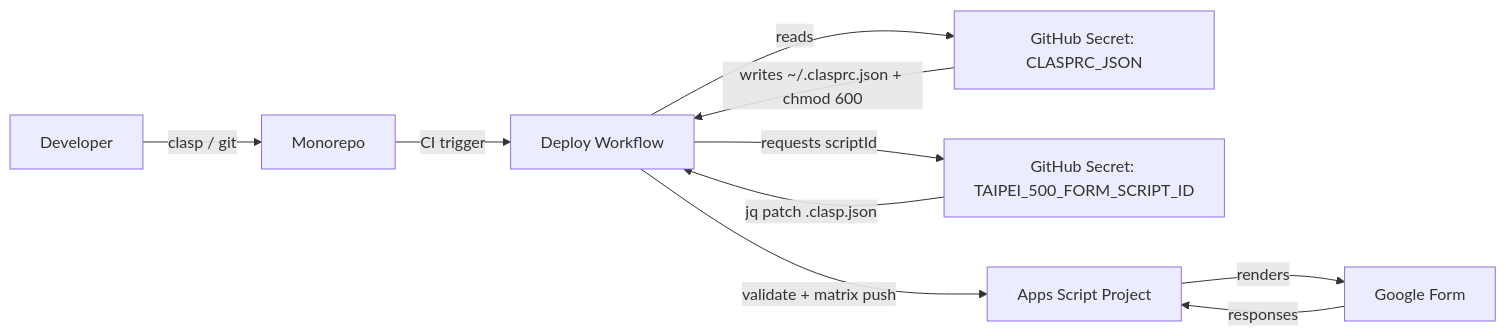
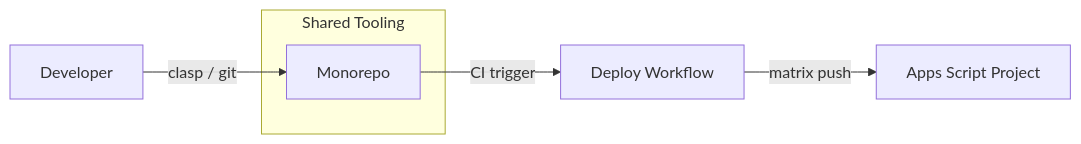
Before and after one commit to muyueh/clasp-from-fresh: the fourth of 5 diagrams in README.md, drawn with Mermaid. The commit also changed other lines of this file and 2 other files, not shown here.

Commit message:
Revert "Harden clasp deploy workflow"

````diff
--- a/README.md
+++ b/README.md
@@ -59,19 +37,9 @@
 ```mermaid
 flowchart LR
-    Dev[Developer]
-    Repo[Monorepo]
-    Secrets[GitHub Secret: CLASPRC_JSON]
-    ScriptIdSecret[GitHub Secret: TAIPEI_500_FORM_SCRIPT_ID]
-    Workflow[Deploy Workflow]
-    GAS[Apps Script Project]
-    Form[Google Form]
-    Dev -->|clasp / git| Repo
-    Repo -->|CI trigger| Workflow
-    Workflow -->|reads| Secrets
-    Secrets -->|writes ~/.clasprc.json + chmod 600| Workflow
-    Workflow -->|requests scriptId| ScriptIdSecret
-    ScriptIdSecret -->|jq patch .clasp.json| Workflow
-    Workflow -->|validate + matrix push| GAS
-    GAS -->|renders| Form
-    Form -->|responses| GAS
+    Dev[Developer] -->|clasp / git| Repo[Monorepo]
+    Repo -->|CI trigger| Workflow[Deploy Workflow]
+    Workflow -->|matrix push| GAS[Apps Script Project]
+    subgraph Shared Tooling
+        Repo
+    end
 ```
````
